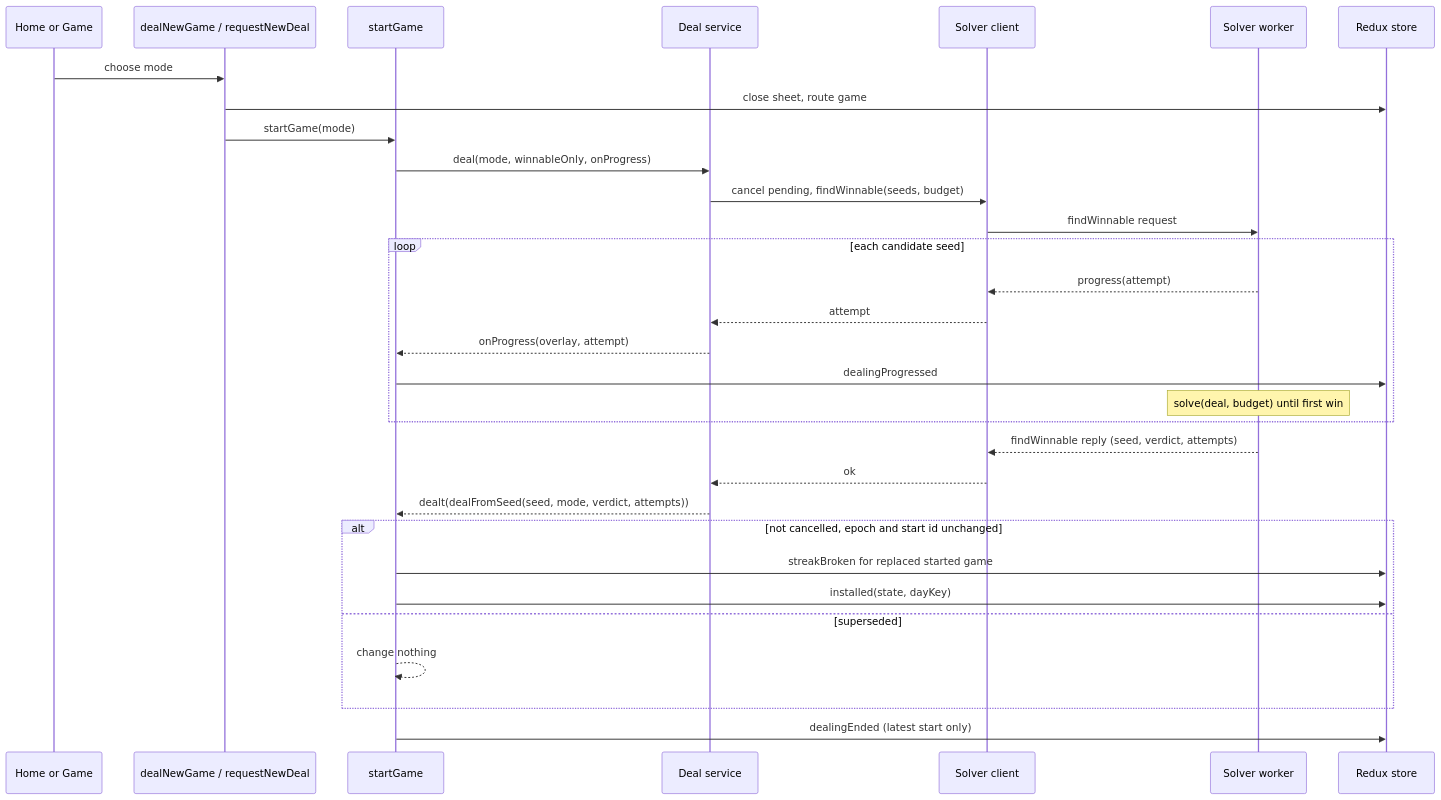
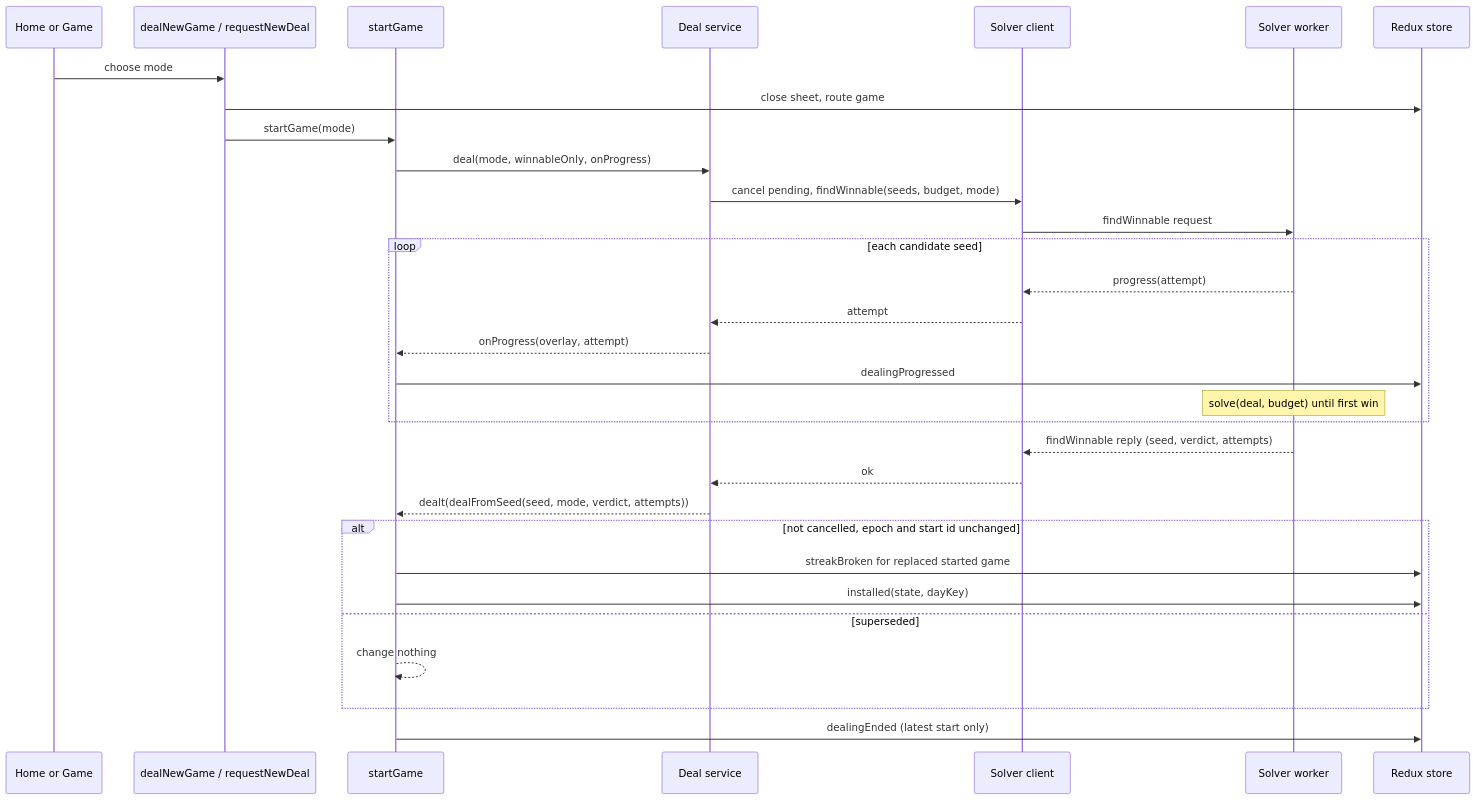
The second of 5 diagrams in docs/architecture/data-flows.md (sanyokkua/solitaire), drawn with Mermaid before and after one commit. The commit also changed 18 other files, not shown here.

````diff
--- a/docs/architecture/data-flows.md
+++ b/docs/architecture/data-flows.md
@@ -63,34 +63,34 @@
 ```mermaid
 sequenceDiagram
     participant UI as Home or Game
     participant Nav as dealNewGame / requestNewDeal
     participant Start as startGame
     participant Svc as Deal service
     participant Client as Solver client
     participant W as Solver worker
     participant Store as Redux store
 
     UI->>Nav: choose mode
     Nav->>Store: close sheet, route game
     Nav->>Start: startGame(mode)
     Start->>Svc: deal(mode, winnableOnly, onProgress)
-    Svc->>Client: cancel pending, findWinnable(seeds, budget)
+    Svc->>Client: cancel pending, findWinnable(seeds, budget, mode)
     Client->>W: findWinnable request
     loop each candidate seed
         W-->>Client: progress(attempt)
         Client-->>Svc: attempt
         Svc-->>Start: onProgress(overlay, attempt)
         Start->>Store: dealingProgressed
         Note over W: solve(deal, budget) until first win
     end
     W-->>Client: findWinnable reply (seed, verdict, attempts)
     Client-->>Svc: ok
     Svc-->>Start: dealt(dealFromSeed(seed, mode, verdict, attempts))
     alt not cancelled, epoch and start id unchanged
         Start->>Store: streakBroken for replaced started game
         Start->>Store: installed(state, dayKey)
     else superseded
         Start-->>Start: change nothing
     end
     Start->>Store: dealingEnded (latest start only)
 ```
````
